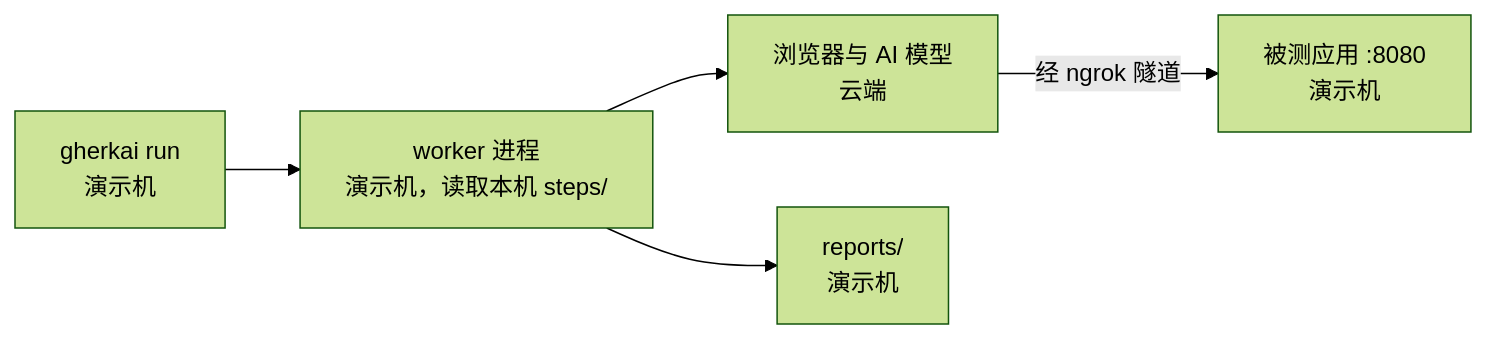
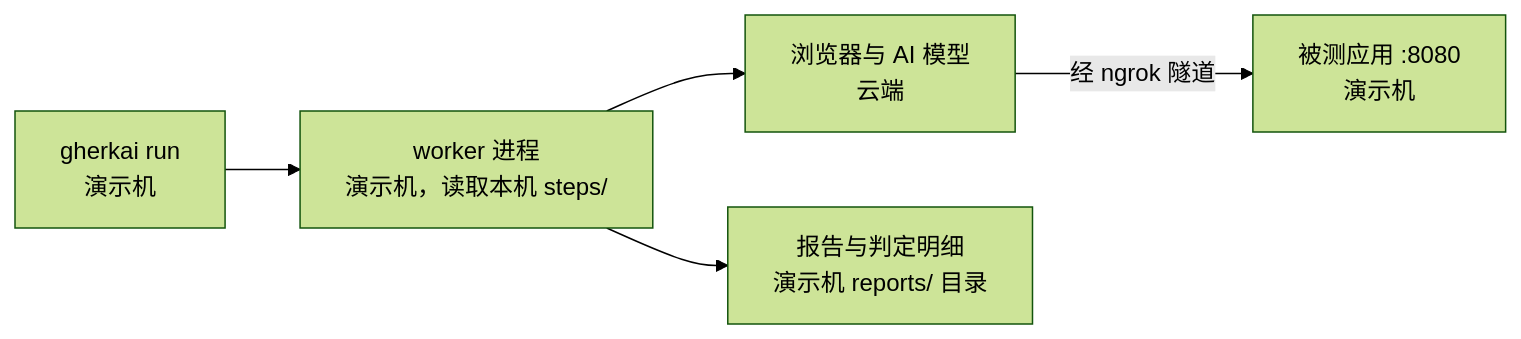
The second of 3 diagrams in docs/demo-runbook.md (zhiyanliu/gherkai-webapp-demo), drawn with Mermaid (forest theme) before and after one commit. The commit also changed other lines of this file, not shown here.

Commit message:
runbook 环境图：两条链的结果节点统一为「报告与判定明细」加位置，去掉 status/explain 的回向连线、改为图前一句说明

````diff
--- a/docs/demo-runbook.md
+++ b/docs/demo-runbook.md
@@ -68,5 +68,5 @@
 ```mermaid
 flowchart LR
     CLI["gherkai run<br/>演示机"] --> WK["worker 进程<br/>演示机，读取本机 steps/"] --> BR["浏览器与 AI 模型<br/>云端"] -- "经 ngrok 隧道" --> APP["被测应用 :8080<br/>演示机"]
-    WK --> REP["reports/<br/>演示机"]
+    WK --> REP["报告与判定明细<br/>演示机 reports/ 目录"]
 ```
````
